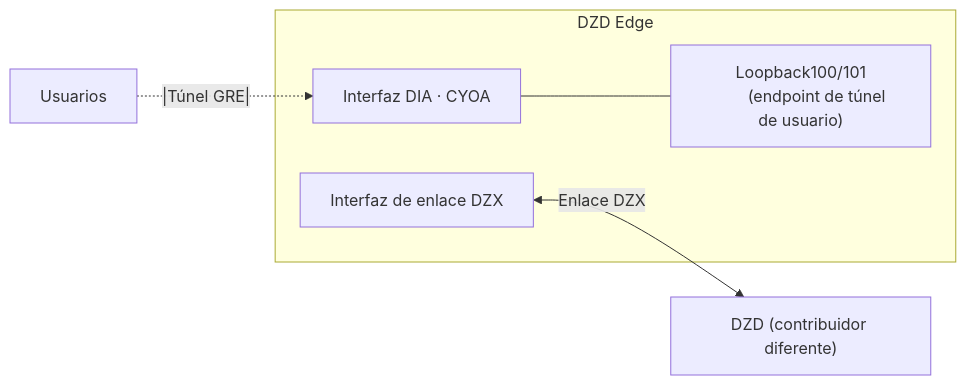
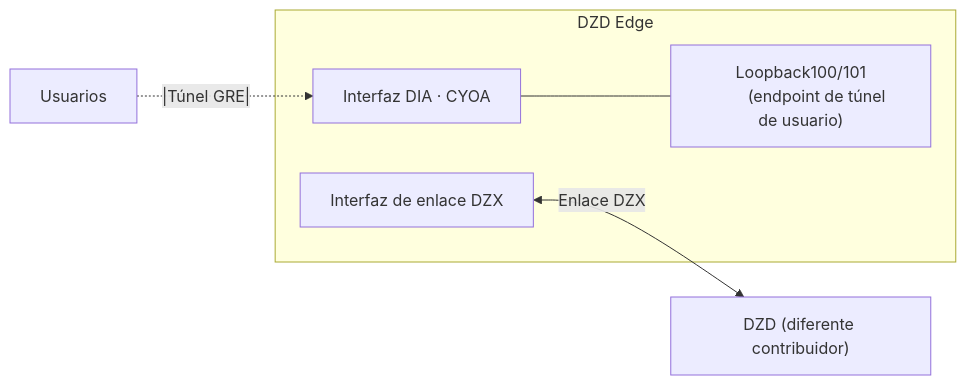
The fifth of 10 diagrams in docs/contribute-provisioning.es.md (malbeclabs/docs), drawn with Mermaid before and after one commit. The commit also changed other lines of this file and 27 other files, not shown here.

````diff
--- a/docs/contribute-provisioning.es.md
+++ b/docs/contribute-provisioning.es.md
@@ -320,12 +286,12 @@
 ```mermaid
 flowchart LR
     subgraph EDZD[DZD Edge]
         E_CYOA["Interfaz DIA · CYOA"]
         E_TUN["Loopback100/101
         (endpoint de túnel de usuario)"]
         E_DZX["Interfaz de enlace DZX"]
         E_CYOA --- E_TUN
     end
     EU["Usuarios"] -.|Túnel GRE|.-> E_CYOA
-    E_DZX <-->|Enlace DZX| ED["DZD (contribuidor diferente)"]
+    E_DZX <-->|Enlace DZX| ED["DZD (diferente contribuidor)"]
 ```
````
